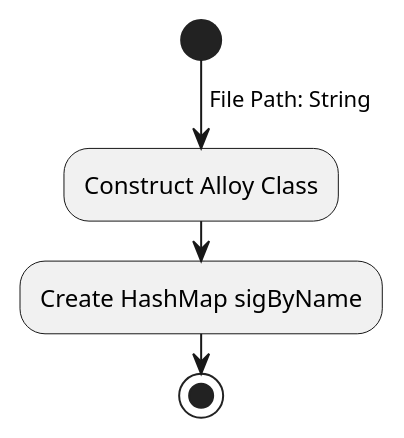
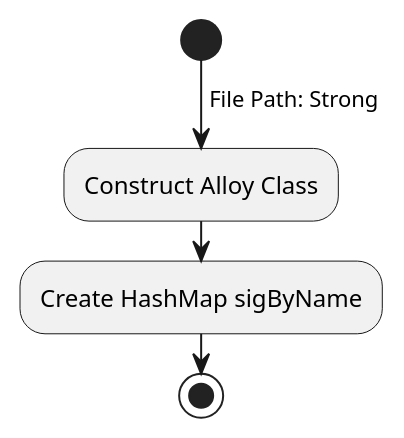
One commit to ontological-behavior-modeling/tester changed the diagram in puml/ToAlloy.puml. Above: the diagram before and after it, drawn with PlantUML.

```diff
--- a/puml/ToAlloy.puml
+++ b/puml/ToAlloy.puml
@@ -1,7 +1,7 @@
 @startuml
 start
--> File Path: String;
+-> File Path: Strong;
 :Construct Alloy Class;
 :Create HashMap sigByName;
 stop
 @enduml
```
